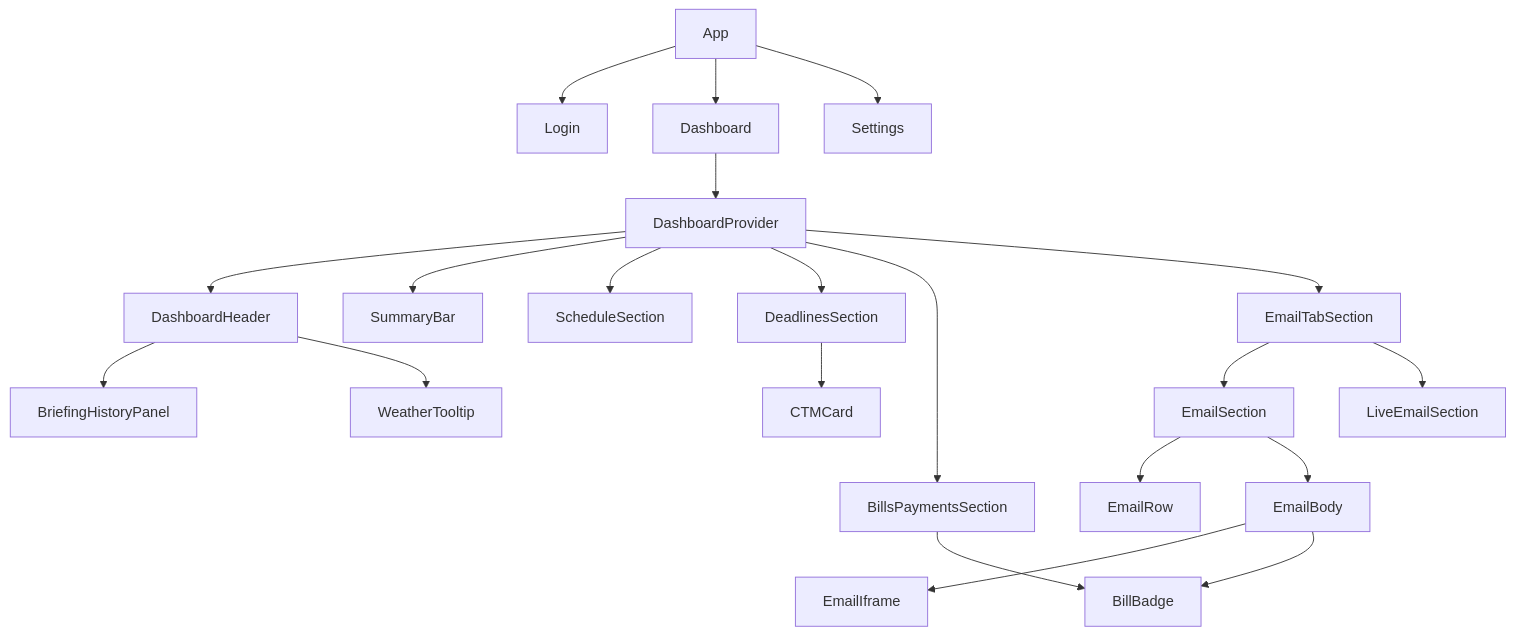
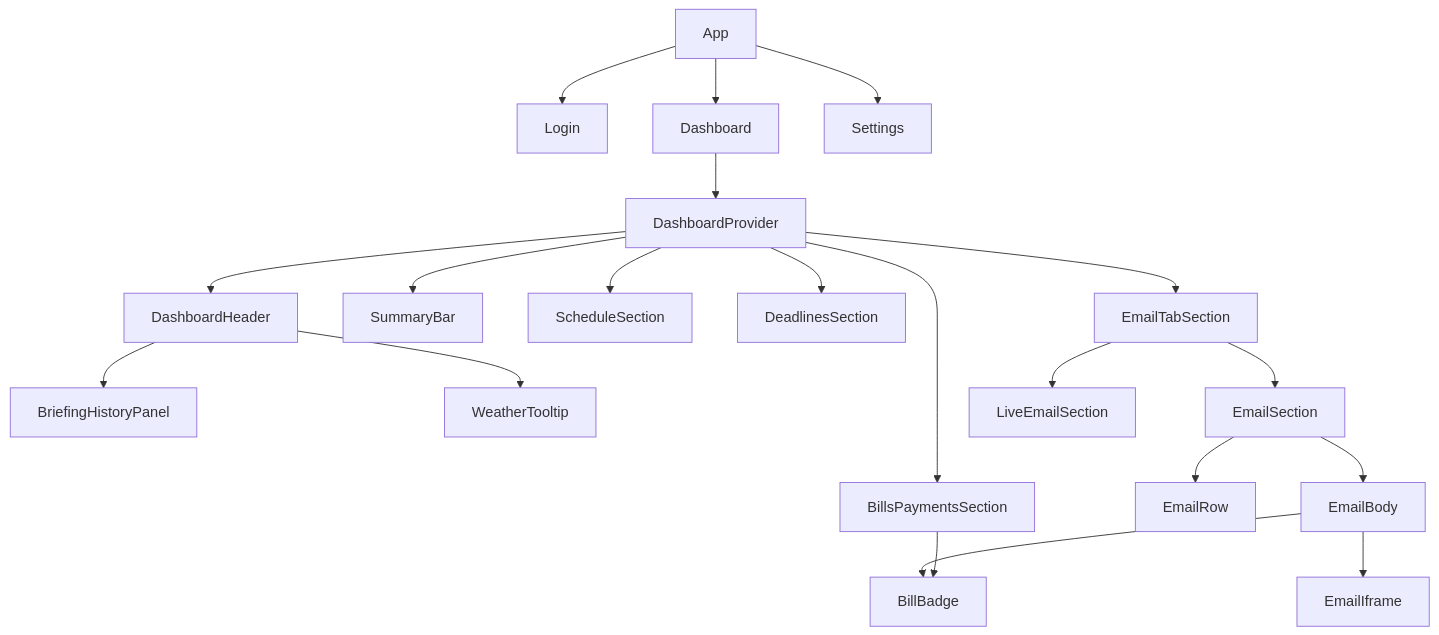
Before and after one commit to ansidian/Setpoint: the second of 7 diagrams in ARCHITECTURE.md, drawn with Mermaid. The commit also changed other lines of this file and 152 other files, not shown here.

````diff
--- a/ARCHITECTURE.md
+++ b/ARCHITECTURE.md
@@ -178,28 +172,26 @@
 ```mermaid
 graph TD
     App --> Login
     App --> Dashboard
     App --> Settings
 
     Dashboard --> DashboardProvider
     DashboardProvider --> DashboardHeader
     DashboardProvider --> SummaryBar
     DashboardProvider --> ScheduleSection
     DashboardProvider --> DeadlinesSection
     DashboardProvider --> BillsPaymentsSection
     DashboardProvider --> EmailTabSection
 
     DashboardHeader --> BriefingHistoryPanel
     DashboardHeader --> WeatherTooltip
 
     EmailTabSection --> EmailSection
     EmailTabSection --> LiveEmailSection
     EmailSection --> EmailRow
     EmailSection --> EmailBody
     EmailBody --> EmailIframe
     EmailBody --> BillBadge
 
-    DeadlinesSection --> CTMCard
-
     BillsPaymentsSection --> BillBadge
 ```
````
